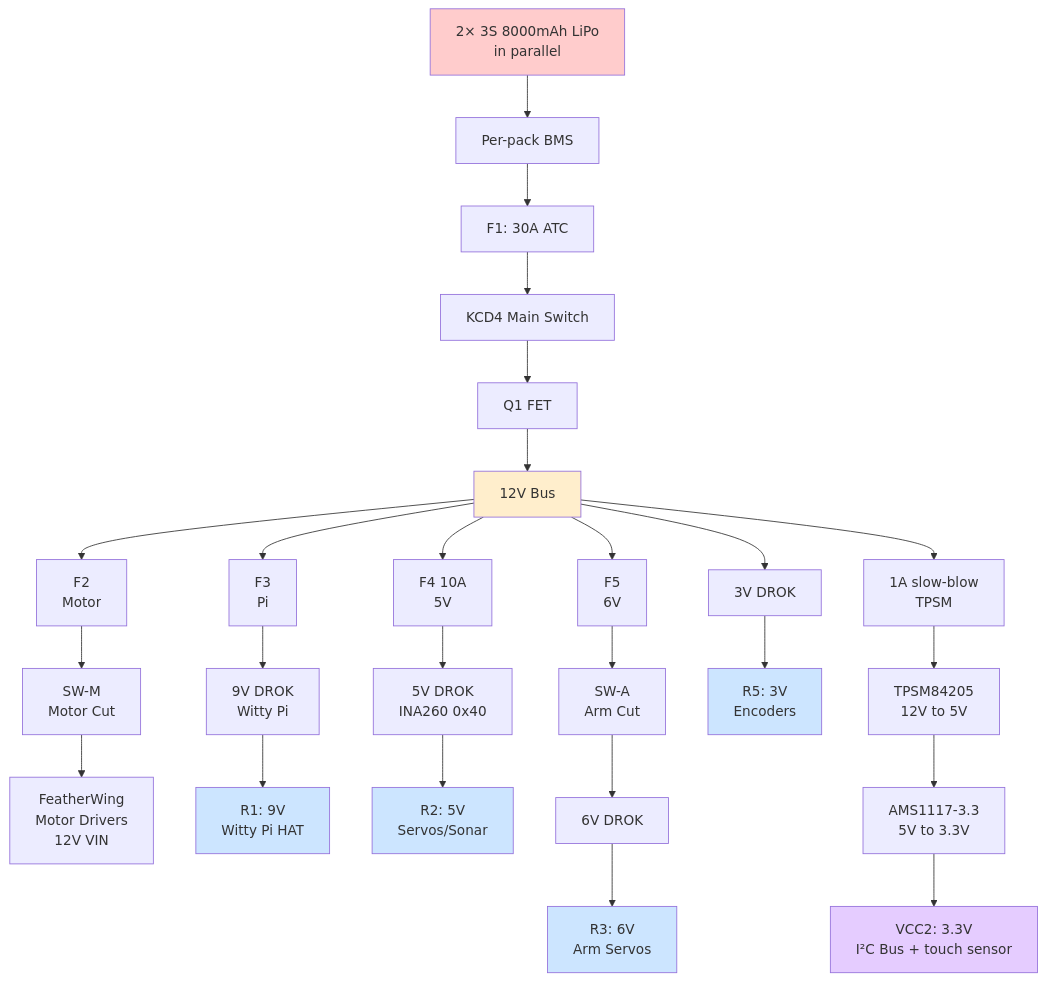
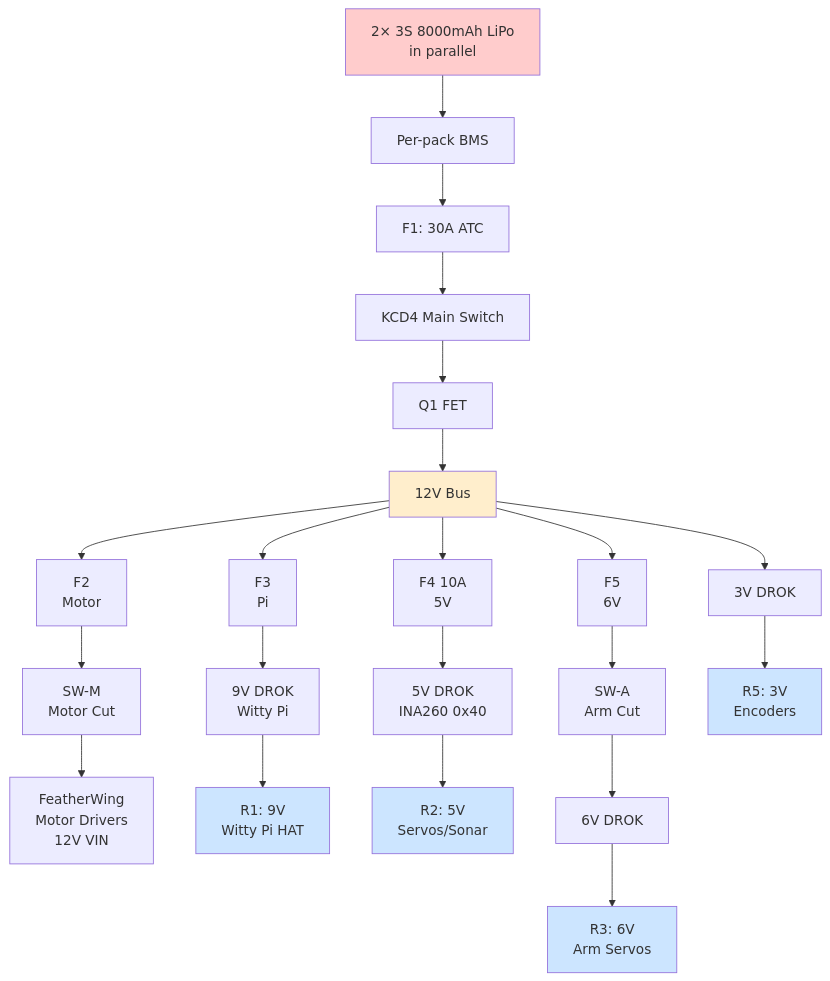
Before and after one commit to hdhimmel/willy-rover: the first of 3 diagrams in docs/WildWilly_Master_Hardware_Design_v2.0.md, drawn with Mermaid. The commit also changed other lines of this file and 9 other files, not shown here.

````diff
--- a/docs/WildWilly_Master_Hardware_Design_v2.0.md
+++ b/docs/WildWilly_Master_Hardware_Design_v2.0.md
@@ -246,75 +254,64 @@
 ```mermaid
 graph TD
     BAT["2× 3S 8000mAh LiPo<br/>in parallel"]
     BMS["Per-pack BMS"]
     F1["F1: 30A ATC"]
     KCD4["KCD4 Main Switch"]
     Q1["Q1 FET"]
     BUS["12V Bus"]
     
     F2["F2<br/>Motor"]
     F3["F3<br/>Pi"]
     F4["F4 10A<br/>5V"]
     F5["F5<br/>6V"]
-    F_TPSM["1A slow-blow<br/>TPSM"]
     
     SW_M["SW-M<br/>Motor Cut"]
     FW_MOTOR["FeatherWing<br/>Motor Drivers<br/>12V VIN"]
     
     PI_BUCK["9V DROK<br/>Witty Pi"]
     R1["R1: 9V<br/>Witty Pi HAT"]
     
     DROK5["5V DROK<br/>INA260 0x40"]
     R2["R2: 5V<br/>Servos/Sonar"]
     
     SW_A["SW-A<br/>Arm Cut"]
     DROK6["6V DROK"]
     R3["R3: 6V<br/>Arm Servos"]
     
     DROK3["3V DROK"]
     R5["R5: 3V<br/>Encoders"]
     
-    TPSM["TPSM84205<br/>12V to 5V"]
-    AMS["AMS1117-3.3<br/>5V to 3.3V"]
-    BUS_VCC2["VCC2: 3.3V<br/>I²C Bus + touch sensor"]
-    
     BAT --> BMS
     BMS --> F1
     F1 --> KCD4
     KCD4 --> Q1
     Q1 --> BUS
     
     BUS --> F2
     BUS --> F3
     BUS --> F4
     BUS --> F5
-    BUS --> F_TPSM
     
     F2 --> SW_M
     SW_M --> FW_MOTOR
     
     F3 --> PI_BUCK
     PI_BUCK --> R1
     
     F4 --> DROK5
     DROK5 --> R2
     
     F5 --> SW_A
     SW_A --> DROK6
     DROK6 --> R3
     
     BUS --> DROK3
     DROK3 --> R5
     
-    F_TPSM --> TPSM
-    TPSM --> AMS
-    AMS --> BUS_VCC2
-    
     style BAT fill:#ffcccc
     style BUS fill:#ffeecc
     style R1 fill:#cce5ff
     style R2 fill:#cce5ff
     style R3 fill:#cce5ff
     style R5 fill:#cce5ff
-    style BUS_VCC2 fill:#e5ccff
 ```
````
